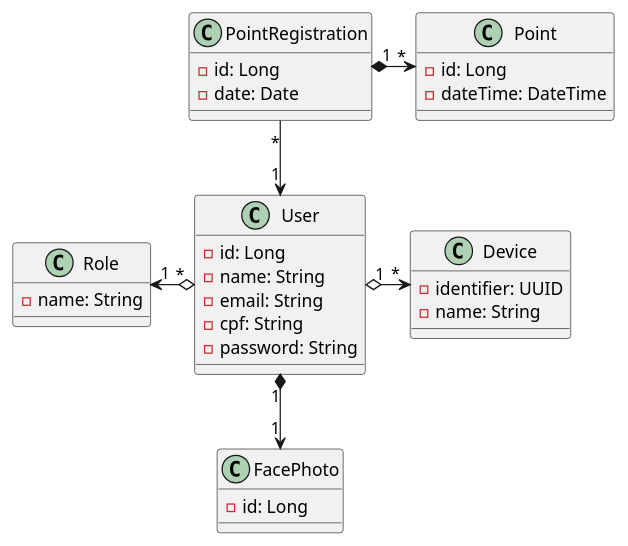
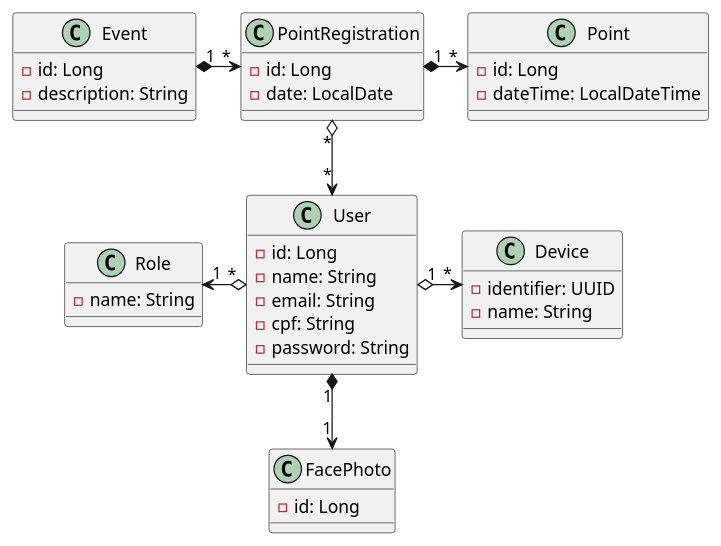
The diagram in backend/diagram-class.plantuml (luan-coelho/faceverify), drawn with PlantUML before and after one commit. The commit also changed 8 other files, not shown here.

Commit message:
feat: Finalizando pré-modelagem UML e ER, e mapeando tabelas nas classes.

```diff
--- a/backend/diagram-class.plantuml
+++ b/backend/diagram-class.plantuml
@@ -1,41 +1,48 @@
 @startuml
 
 class User {
     - id: Long
     - name: String
     - email: String
     - cpf: String
     - password: String
 }
 
+class Device {
+    - identifier: UUID
+    - name: String
+}
+
 class FacePhoto {
     - id: Long
 }
 
 class Role {
     - name: String
 }
 
+class Event {
+    - id: Long
+    - description: String
+}
+
 class PointRegistration {
     - id: Long
-    - date: Date
+    - date: LocalDate
 }
 
 class Point {
     - id: Long
-    - dateTime: DateTime
+    - dateTime: LocalDateTime
 }
 
-class Device {
-    - identifier: UUID
-    - name: String
-}
+Event "1" *-> "*" PointRegistration
 
 PointRegistration "1" *-> "*" Point
-PointRegistration "*" --> "1" User
+PointRegistration "*" o-down-> "*" User
 
 User "*" o-left-> "1" Role
 User "1" o-> "*" Device
 User "1" *-down-> "1" FacePhoto
 
 @enduml
```
